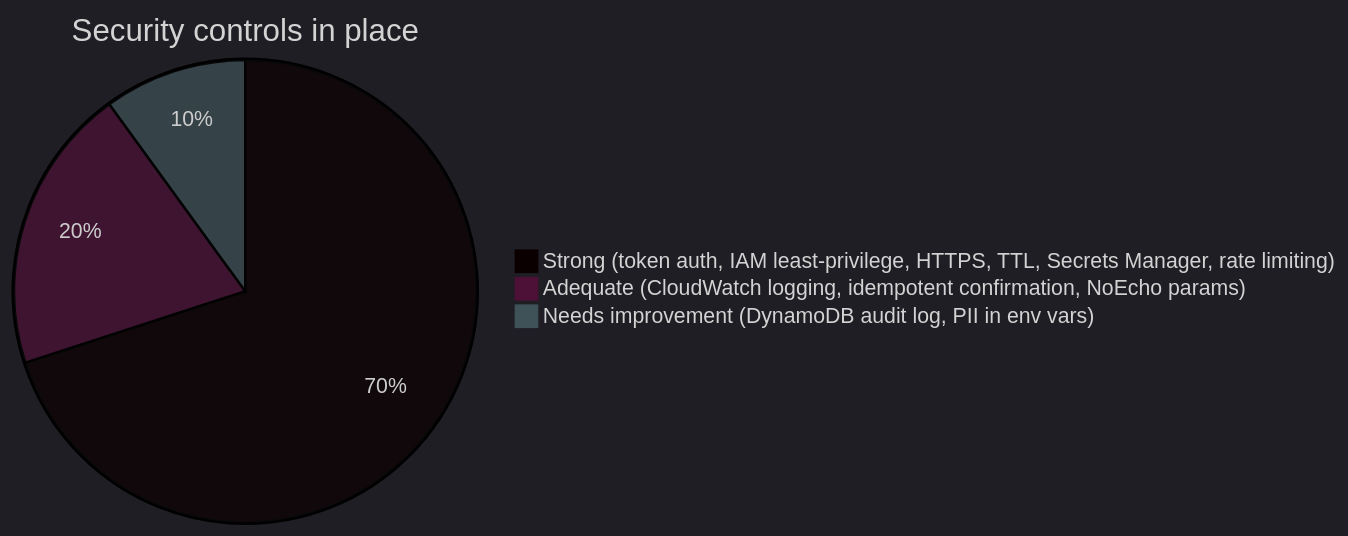
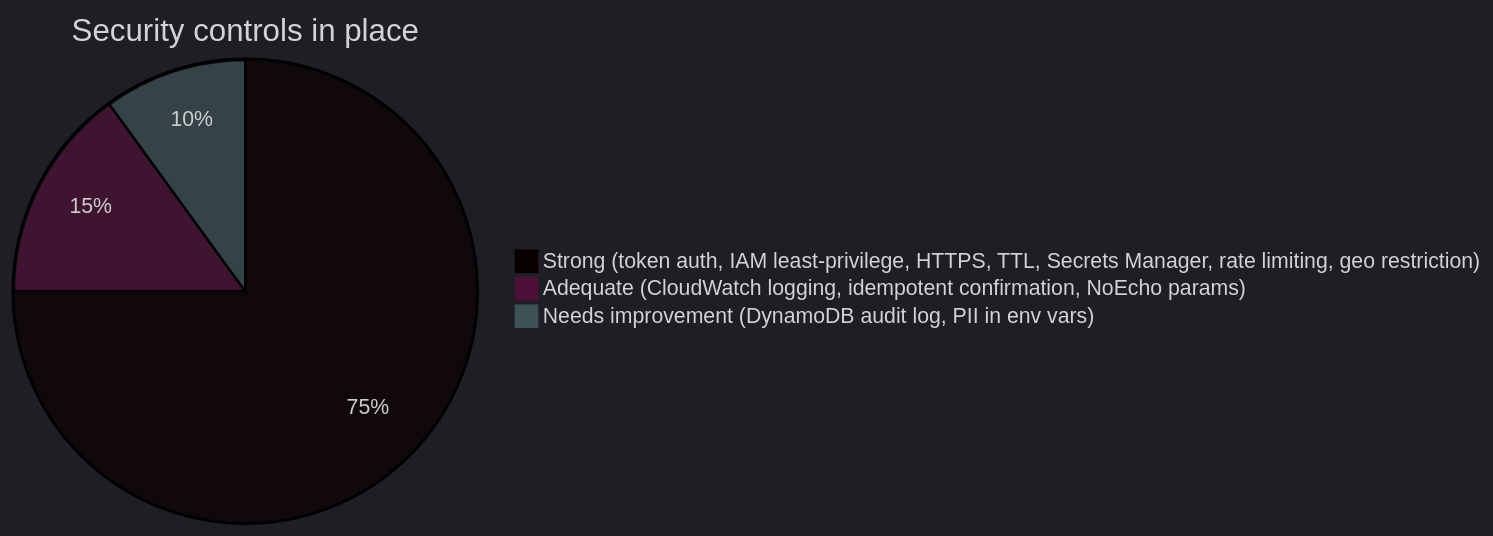
One commit to baldrickuk/washingmachine-notifications changed the sixth of 6 diagrams in docs/threat-model.md. Above: the diagram before and after it, drawn with Mermaid. The commit also changed other lines of this file and 1 other file, not shown here.

First line of the commit message:
Update docs for CloudFront GB geo restriction

````diff
--- a/docs/threat-model.md
+++ b/docs/threat-model.md
@@ -283,8 +289,8 @@
 ```mermaid
 %%{init: {'theme': 'dark', 'themeVariables': {'primaryColor': '#1e3a5f', 'primaryTextColor': '#c9d1d9', 'primaryBorderColor': '#4a7ab5', 'lineColor': '#58a6ff'}}}%%
 
 pie title Security controls in place
-    "Strong (token auth, IAM least-privilege, HTTPS, TTL, Secrets Manager, rate limiting)" : 70
-    "Adequate (CloudWatch logging, idempotent confirmation, NoEcho params)" : 20
+    "Strong (token auth, IAM least-privilege, HTTPS, TTL, Secrets Manager, rate limiting, geo restriction)" : 75
+    "Adequate (CloudWatch logging, idempotent confirmation, NoEcho params)" : 15
     "Needs improvement (DynamoDB audit log, PII in env vars)" : 10
 ```
````
